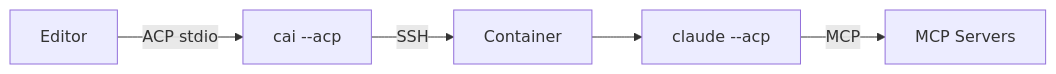
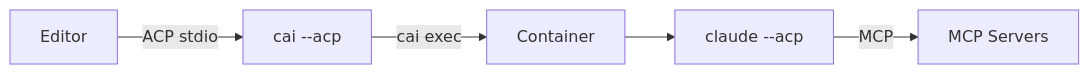
The diagram in .flow/tasks/fn-40-996.3.md (novotnyllc/ContainAI), drawn with Mermaid before and after one commit. The commit also changed other lines of this file and 14 other files, not shown here.

````diff
--- a/.flow/tasks/fn-40-996.3.md
+++ b/.flow/tasks/fn-40-996.3.md
@@ -49,7 +51,7 @@
 ```mermaid
 flowchart LR
     Editor -->|ACP stdio| Proxy[cai --acp]
-    Proxy -->|SSH| Container
+    Proxy -->|cai exec| Container
     Container --> Agent[claude --acp]
     Agent -->|MCP| MCPServers[MCP Servers]
 ```
````
